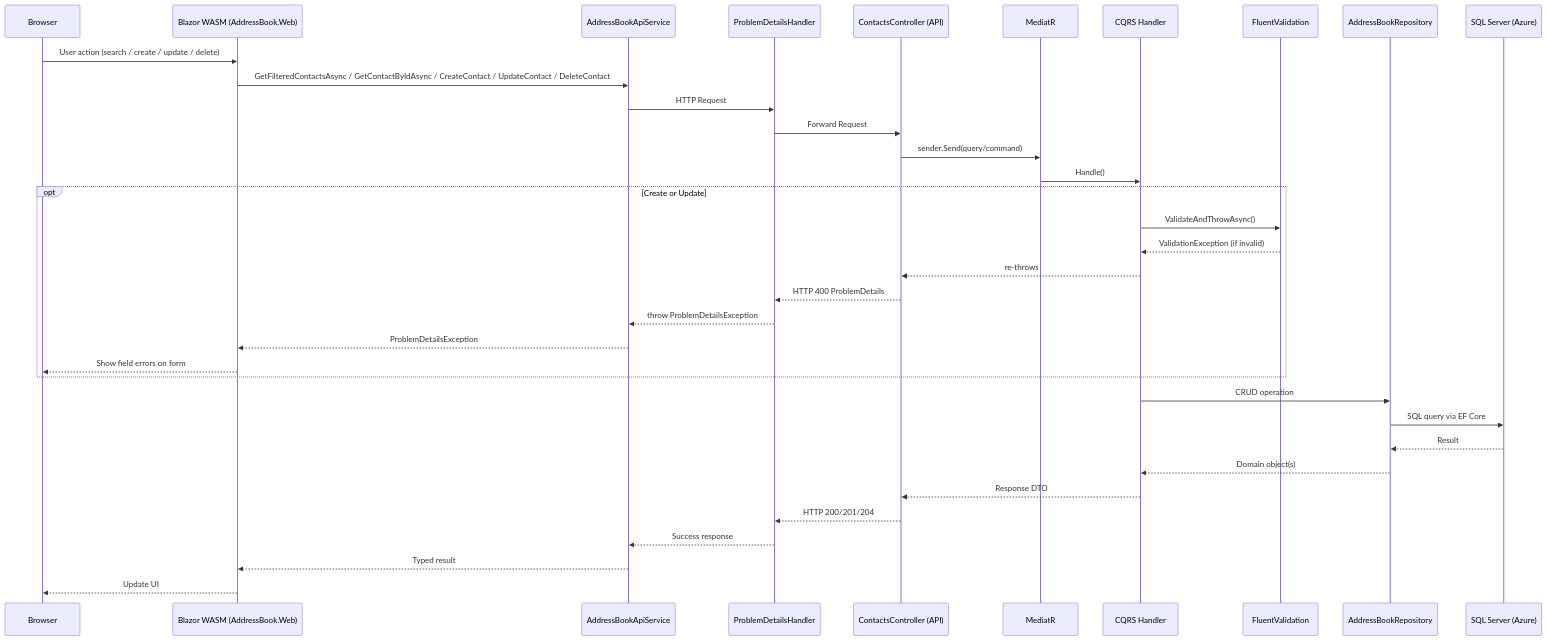
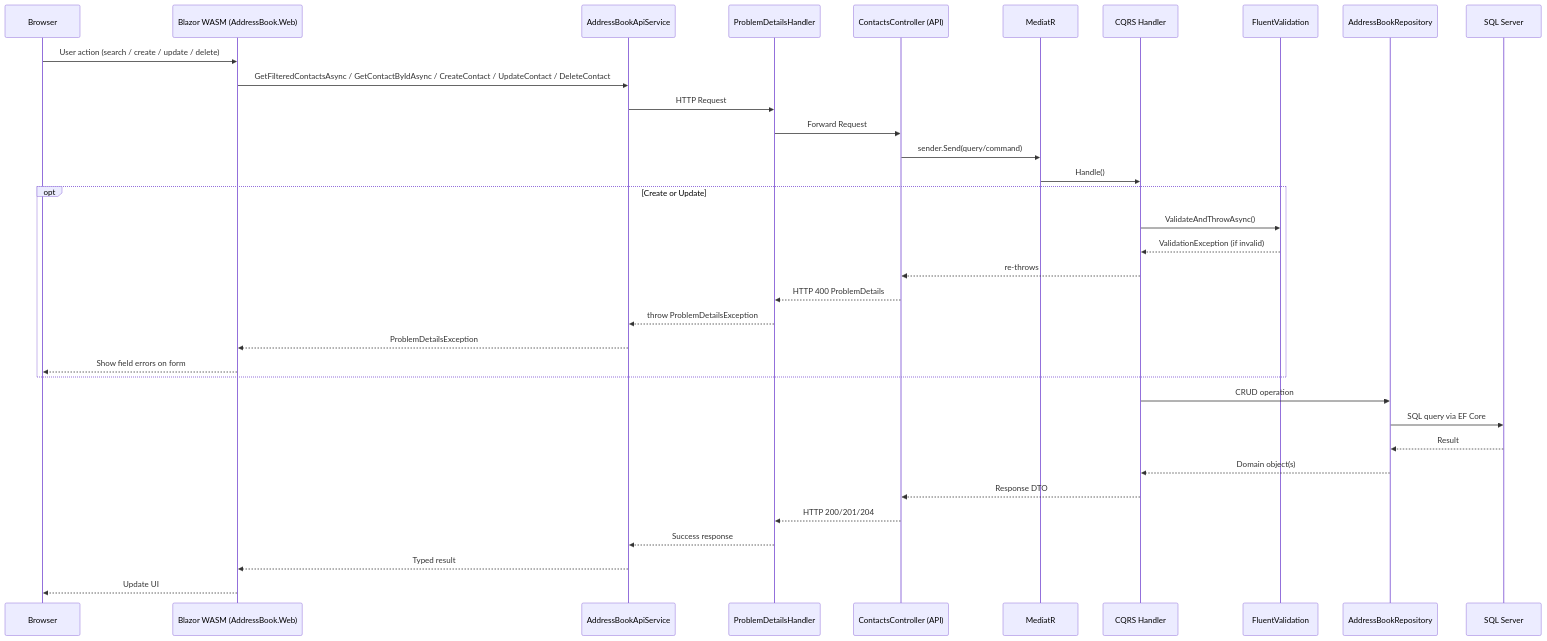
The second of 3 diagrams in docs/specs/Architecture.md (askrinnik/AddressBook2025), drawn with Mermaid before and after one commit. The commit also changed other lines of this file and 4 other files, not shown here.

````diff
--- a/docs/specs/Architecture.md
+++ b/docs/specs/Architecture.md
@@ -357,38 +347,38 @@
 ```mermaid
 sequenceDiagram
     participant Browser
     participant BlazorWASM as Blazor WASM (AddressBook.Web)
     participant ApiSvc as AddressBookApiService
     participant PDHandler as ProblemDetailsHandler
     participant API as ContactsController (API)
     participant MediatR
     participant Handler as CQRS Handler
     participant Validator as FluentValidation
     participant Repo as AddressBookRepository
-    participant DB as SQL Server (Azure)
+    participant DB as SQL Server
 
     Browser->>BlazorWASM: User action (search / create / update / delete)
     BlazorWASM->>ApiSvc: GetFilteredContactsAsync / GetContactByIdAsync / CreateContact / UpdateContact / DeleteContact
     ApiSvc->>PDHandler: HTTP Request
     PDHandler->>API: Forward Request
     API->>MediatR: sender.Send(query/command)
     MediatR->>Handler: Handle()
     opt Create or Update
         Handler->>Validator: ValidateAndThrowAsync()
         Validator-->>Handler: ValidationException (if invalid)
         Handler-->>API: re-throws
         API-->>PDHandler: HTTP 400 ProblemDetails
         PDHandler-->>ApiSvc: throw ProblemDetailsException
         ApiSvc-->>BlazorWASM: ProblemDetailsException
         BlazorWASM-->>Browser: Show field errors on form
     end
     Handler->>Repo: CRUD operation
     Repo->>DB: SQL query via EF Core
     DB-->>Repo: Result
     Repo-->>Handler: Domain object(s)
     Handler-->>API: Response DTO
     API-->>PDHandler: HTTP 200/201/204
     PDHandler-->>ApiSvc: Success response
     ApiSvc-->>BlazorWASM: Typed result
     BlazorWASM-->>Browser: Update UI
 ```
````
